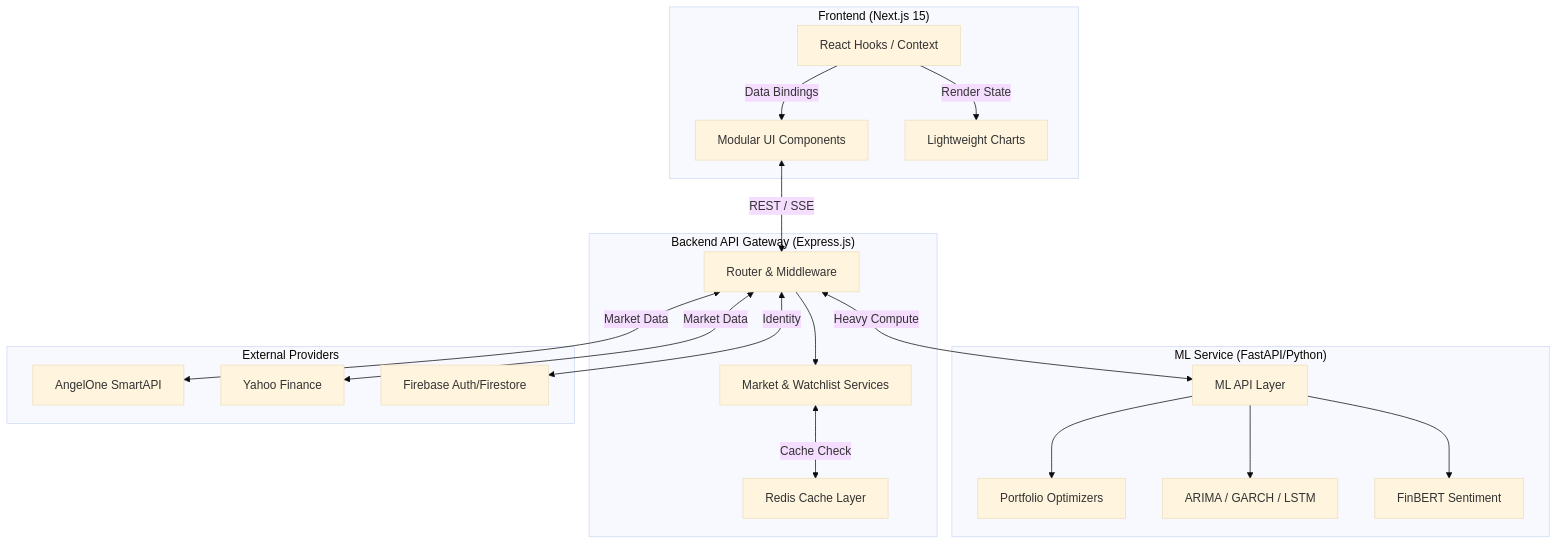
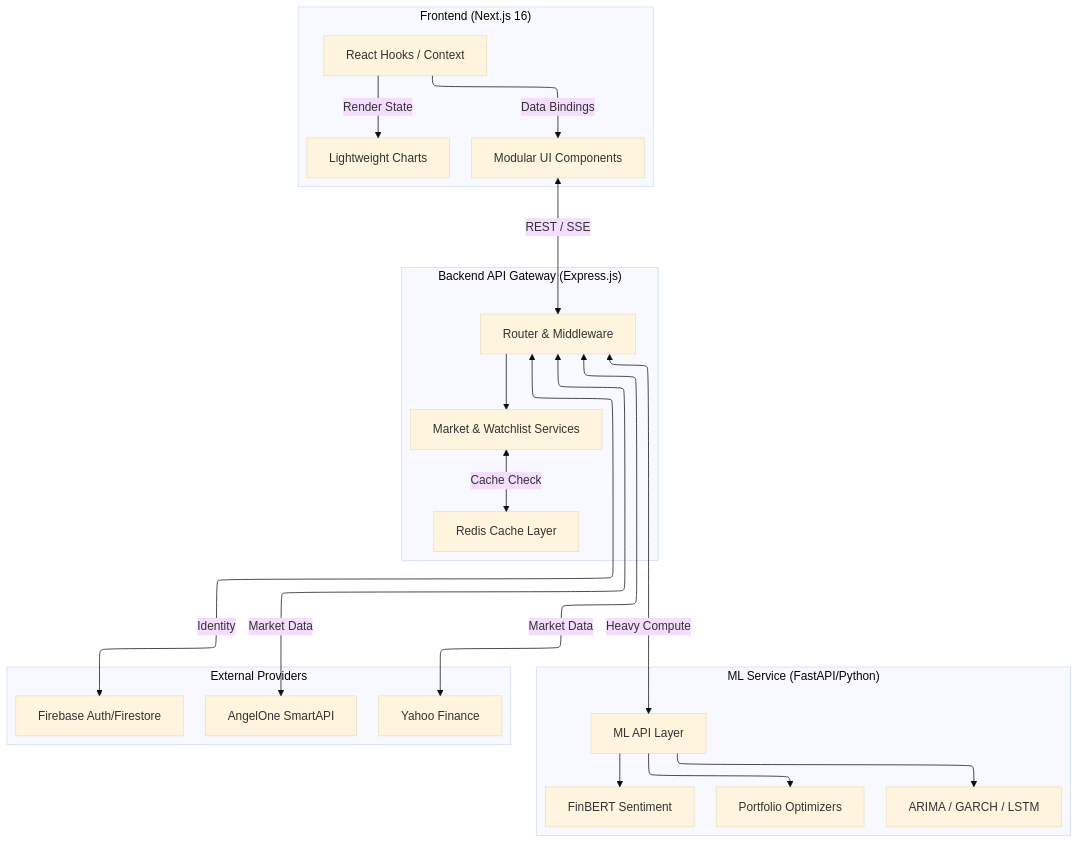
The diagram in README.md (ojhaprathmesh/AngelFive_DSFM_Repo), drawn with Mermaid (base theme) before and after one commit. The commit also changed other lines of this file, not shown here.

Commit message:
v6.0.9: docs(readme): update high level system flow architecture mermaid diagram

````diff
--- a/README.md
+++ b/README.md
@@ -72,40 +72,37 @@
 ```mermaid
-graph TD
-    subgraph "Frontend (Next.js 15)"
-        UI[Modular UI Components]
-        State[React Hooks / Context]
-        Viz[Lightweight Charts]
-        
-        State -->|Data Bindings| UI
-        State -->|Render State| Viz
+---
+config:
+    layout: elk
+---
+flowchart TB
+    subgraph subGraph0["Frontend (Next.js 16)"]
+        UI["Modular UI Components"]
+        State["React Hooks / Context"]
+        Viz["Lightweight Charts"]
     end
-
-    subgraph "Backend API Gateway (Express.js)"
-        Router[Router & Middleware]
-        Redis[Redis Cache Layer]
-        MarketSvc[Market & Watchlist Services]
-        
-        Router --> MarketSvc
-        MarketSvc <-->|Cache Check| Redis
+    subgraph subGraph1["Backend API Gateway (Express.js)"]
+        Router["Router & Middleware"]
+        Redis["Redis Cache Layer"]
+        MarketSvc["Market & Watchlist Services"]
     end
-
-    subgraph "ML Service (FastAPI/Python)"
-        ML_API[ML API Layer]
-        Optim[Portfolio Optimizers]
-        TS[ARIMA / GARCH / LSTM]
-        NLP[FinBERT Sentiment]
-        
-        ML_API --> Optim & TS & NLP
+    subgraph subGraph2["ML Service (FastAPI/Python)"]
+        ML_API["ML API Layer"]
+        Optim["Portfolio Optimizers"]
+        TS["ARIMA / GARCH / LSTM"]
+        NLP["FinBERT Sentiment"]
     end
-
-    subgraph "External Providers"
-        A1[AngelOne SmartAPI]
-        YF[Yahoo Finance]
-        FB[Firebase Auth/Firestore]
+    subgraph subGraph3["External Providers"]
+        A1["AngelOne SmartAPI"]
+        YF["Yahoo Finance"]
+        FB["Firebase Auth/Firestore"]
     end
-
-    UI <-->|REST / SSE| Router
-    Router <-->|Heavy Compute| ML_API
-    Router <-->|Market Data| A1 & YF
-    Router <-->|Identity| FB
+    State -- Data Bindings --> UI
+    State -- Render State --> Viz
+    Router --> MarketSvc
+    MarketSvc <-- Cache Check --> Redis
+    ML_API --> Optim & TS & NLP
+    UI <-- REST / SSE --> Router
+    Router <-- Heavy Compute --> ML_API
+    Router <-- Market Data --> A1 & YF
+    Router <-- Identity --> FB
 ```
````
